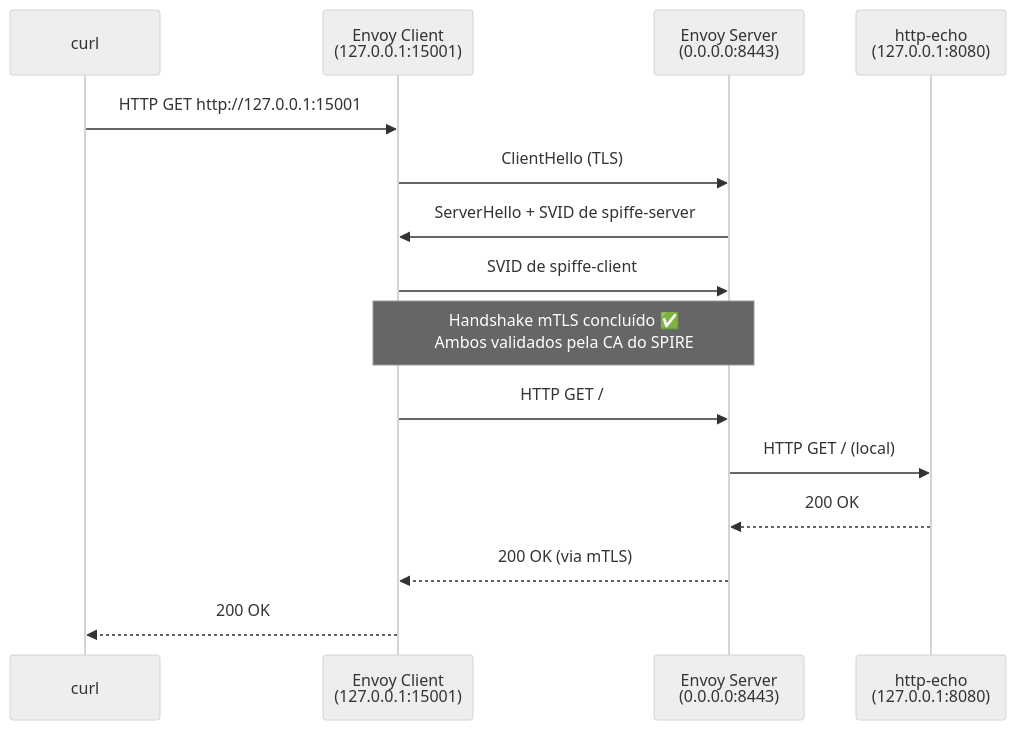
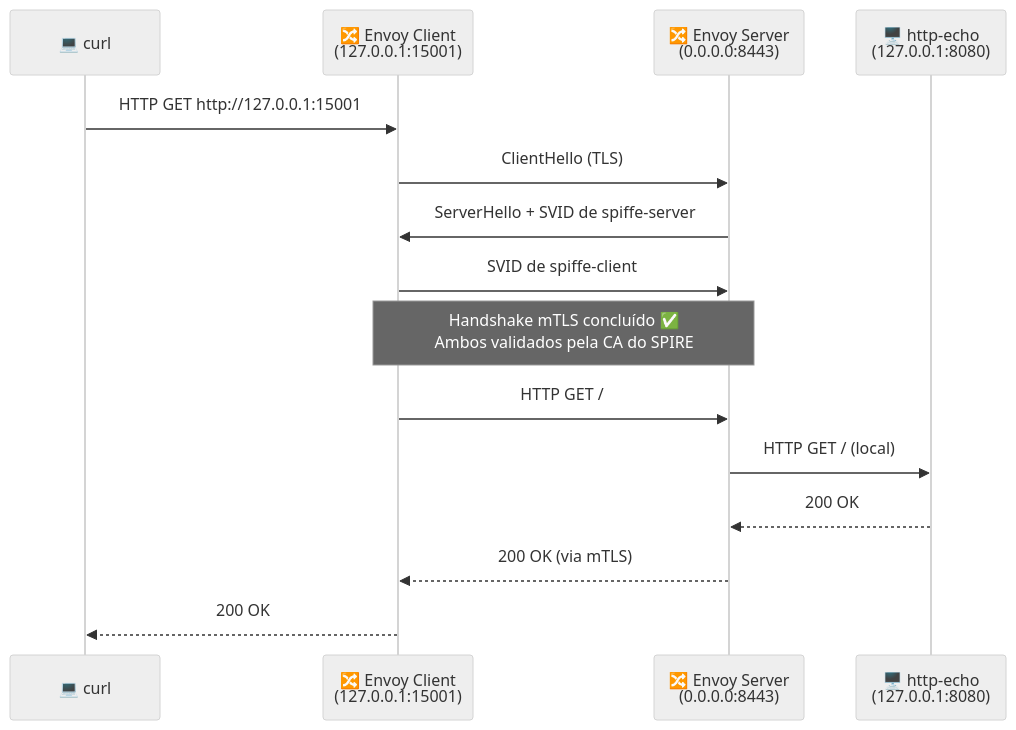
Before and after one commit to glmrleite/spiffe-spire-workload-identity-lab: the third of 3 diagrams in lab02-mtls-envoy/README.md, drawn with Mermaid (neutral theme). The commit also changed other lines of this file and 3 other files, not shown here.

````diff
--- a/lab02-mtls-envoy/README.md
+++ b/lab02-mtls-envoy/README.md
@@ -96,20 +107,20 @@
 ```mermaid
 sequenceDiagram
-    participant curl
-    participant EC as Envoy Client<br/>(127.0.0.1:15001)
-    participant ES as Envoy Server<br/>(0.0.0.0:8443)
-    participant app as http-echo<br/>(127.0.0.1:8080)
+    participant curl as 💻 curl
+    participant EC as 🔀 Envoy Client<br/>(127.0.0.1:15001)
+    participant ES as 🔀 Envoy Server<br/>(0.0.0.0:8443)
+    participant app as 🖥️ http-echo<br/>(127.0.0.1:8080)
 
     curl->>EC: HTTP GET http://127.0.0.1:15001
 
     EC->>ES: ClientHello (TLS)
     ES->>EC: ServerHello + SVID de spiffe-server
     EC->>ES: SVID de spiffe-client
     Note over EC,ES: Handshake mTLS concluído ✅<br/>Ambos validados pela CA do SPIRE
 
     EC->>ES: HTTP GET /
     ES->>app: HTTP GET / (local)
     app-->>ES: 200 OK
     ES-->>EC: 200 OK (via mTLS)
     EC-->>curl: 200 OK
 ```
````
